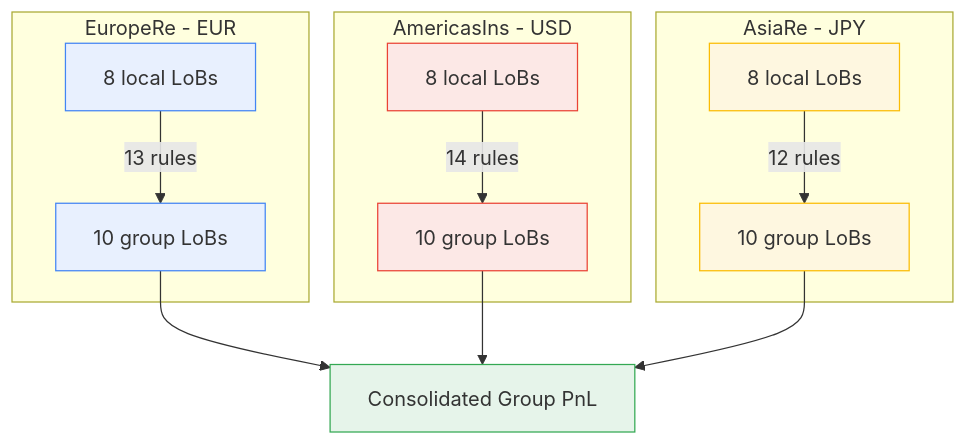
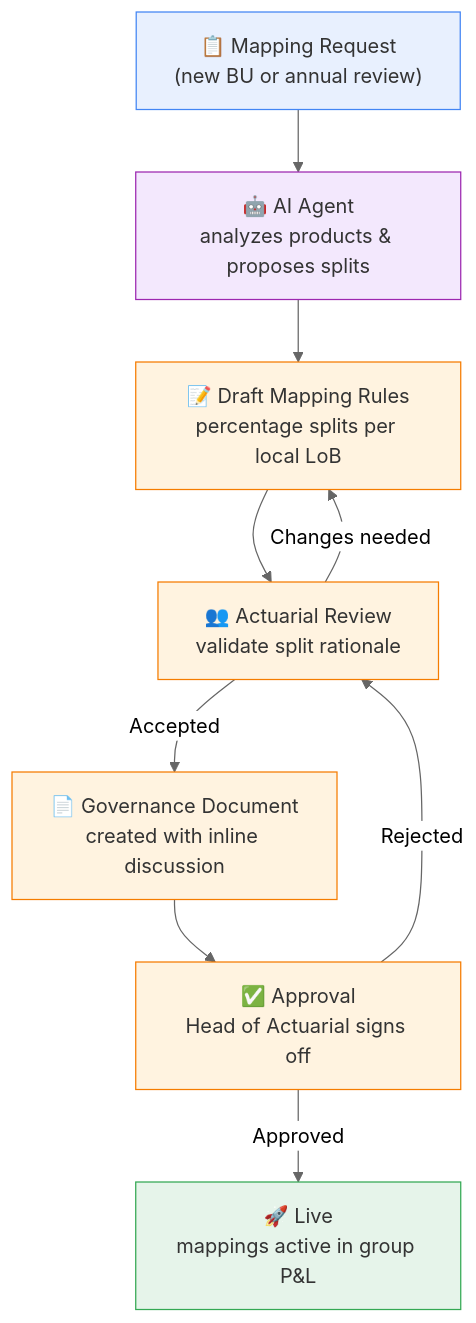
The second of 2 diagrams in samples/Graph/Data/FutuRe/LobMapping.md (Systemorph/MeshWeaver), drawn with Mermaid before and after one commit. The commit also changed other lines of this file and 44 other files, not shown here.

````diff
--- a/samples/Graph/Data/FutuRe/LobMapping.md
+++ b/samples/Graph/Data/FutuRe/LobMapping.md
@@ -117,27 +109,26 @@
 ```mermaid
+%%{init: {'theme':'neutral'}}%%
 graph TD
-    subgraph EuropeRe - EUR
-        EU1[8 local LoBs] -->|13 rules| EU2[10 group LoBs]
-    end
+    START["📋 Mapping Request\n(new BU or annual review)"]
+    AGENT["🤖 AI Agent\nanalyzes products & proposes splits"]
+    DRAFT["📝 Draft Mapping Rules\npercentage splits per local LoB"]
+    REVIEW["👥 Actuarial Review\nvalidate split rationale"]
+    GOV["📄 Governance Document\ncreated with inline discussion"]
+    APPROVE["✅ Approval\nHead of Actuarial signs off"]
+    LIVE["🚀 Live\nmappings active in group P&L"]
 
-    subgraph AmericasIns - USD
-        AM1[8 local LoBs] -->|14 rules| AM2[10 group LoBs]
-    end
+    START --> AGENT --> DRAFT --> REVIEW
+    REVIEW -->|"Changes needed"| DRAFT
+    REVIEW -->|"Accepted"| GOV --> APPROVE
+    APPROVE -->|"Rejected"| REVIEW
+    APPROVE -->|"Approved"| LIVE
 
-    subgraph AsiaRe - JPY
-        AS1[8 local LoBs] -->|12 rules| AS2[10 group LoBs]
-    end
-
-    EU2 --> GROUP[Consolidated Group PnL]
-    AM2 --> GROUP
-    AS2 --> GROUP
-
-    classDef eu fill:#e8f0fe,stroke:#4285f4,color:#333
-    classDef am fill:#fce8e6,stroke:#ea4335,color:#333
-    classDef asia fill:#fef7e0,stroke:#fbbc04,color:#333
-    classDef group fill:#e6f4ea,stroke:#34a853,color:#333
-    class EU1,EU2 eu
-    class AM1,AM2 am
-    class AS1,AS2 asia
-    class GROUP group
+    classDef start fill:#e8f0fe,stroke:#4285f4,color:#333
+    classDef ai fill:#f3e8fd,stroke:#9c27b0,color:#333
+    classDef work fill:#fff3e0,stroke:#f57c00,color:#333
+    classDef done fill:#e6f4ea,stroke:#34a853,color:#333
+    class START start
+    class AGENT ai
+    class DRAFT,REVIEW,GOV,APPROVE work
+    class LIVE done
 ```
````
